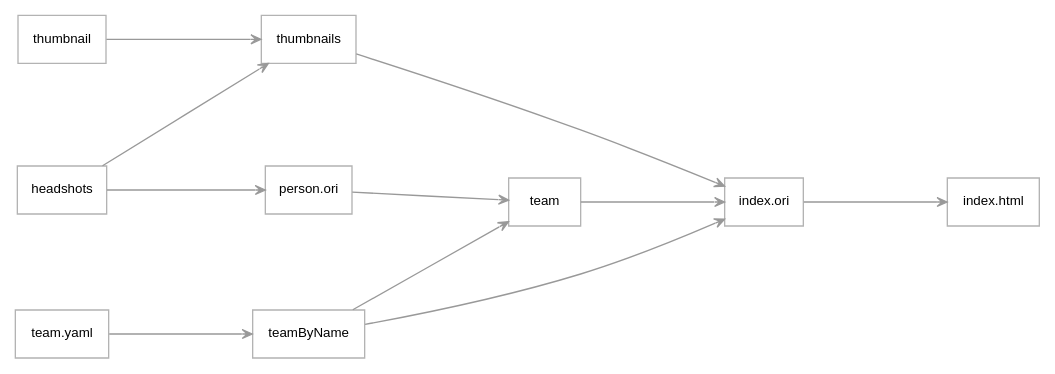
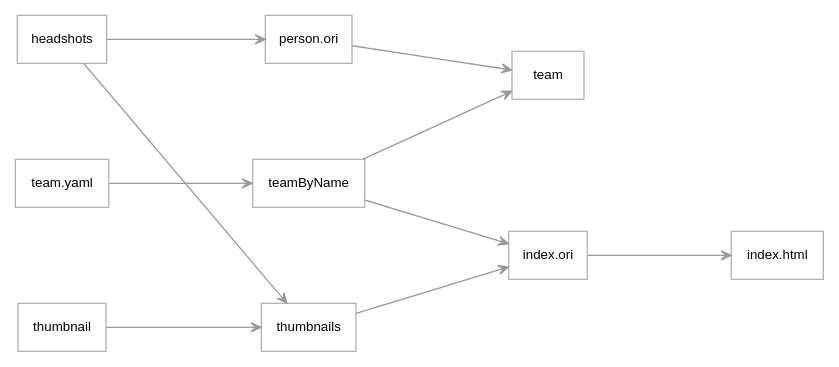
Before and after one commit to ExplorableGraph/egret-discovery: the diagram in exampleProgram/flow/flow.dot, drawn with Graphviz. The commit also changed 1 other file, not shown here.

```diff
--- a/exampleProgram/flow/flow.dot
+++ b/exampleProgram/flow/flow.dot
@@ -1,28 +1,27 @@
 digraph g {
   nodesep=1;
   rankdir=LR;
   ranksep=1.5;
   node [color=gray70; fillcolor="white"; fontname="Helvetica"; fontsize="10"; nojustify=true; style="filled"; shape=box];
   edge [arrowhead=vee; arrowsize=0.75; color=gray60; fontname="Helvetica"; fontsize="10"; labeldistance=5];
 
   "headshots" [URL="../headshots"];
   "index.html" [URL="../index.html"];
   "index.ori" [URL="../index.ori"];
   "person.ori" [URL="../person.ori"];
   "team" [URL="../team"];
   "team.yaml" [URL="../team.yaml"];
   "teamByName" [URL="../teamByName"];
   "thumbnail" [URL="../thumbnail"];
   "thumbnails" [URL="../thumbnails"];
   
   "headshots" -> "person.ori";
   "headshots" -> "thumbnails";
   "index.ori" -> "index.html";
   "person.ori" -> "team";
-  "team" -> "index.ori";
   "team.yaml" -> "teamByName";
   "teamByName" -> "index.ori";
   "teamByName" -> "team";
   "thumbnail" -> "thumbnails";
   "thumbnails" -> "index.ori"; 
 }
```
